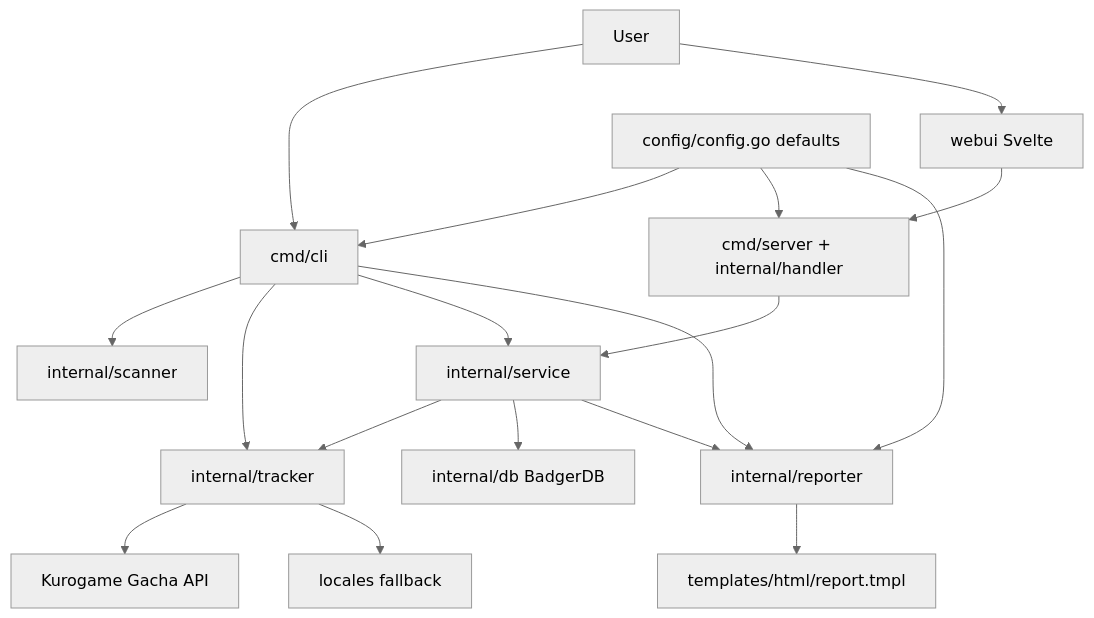
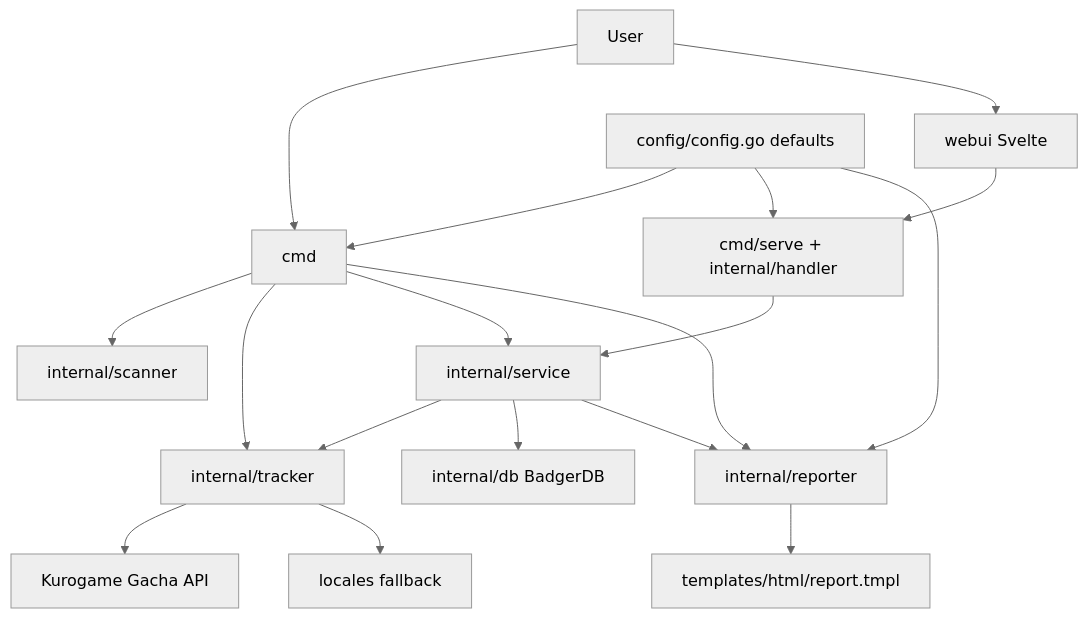
The first of 3 diagrams in DESIGN.md (meteormin/wuwa-tracker), drawn with Mermaid (neutral theme) before and after one commit. The commit also changed other lines of this file and 11 other files, not shown here.

````diff
--- a/DESIGN.md
+++ b/DESIGN.md
@@ -14,20 +14,20 @@
 ```mermaid
 flowchart TD
-    User["User"] --> CLI["cmd/cli"]
+    User["User"] --> CLI["cmd"]
     User --> UI["webui Svelte"]
     CLI --> Scanner["internal/scanner"]
     CLI --> Tracker["internal/tracker"]
     CLI --> Service["internal/service"]
     CLI --> Reporter["internal/reporter"]
-    UI --> API["cmd/server + internal/handler"]
+    UI --> API["cmd/serve + internal/handler"]
     API --> Service
     Service --> Tracker
     Service --> DB["internal/db BadgerDB"]
     Service --> Reporter
     Tracker --> RemoteAPI["Kurogame Gacha API"]
     Tracker --> Locales["locales fallback"]
     Reporter --> Templates["templates/html/report.tmpl"]
     Config["config/config.go defaults"] --> CLI
     Config --> API
     Config --> Reporter
 ```
````
